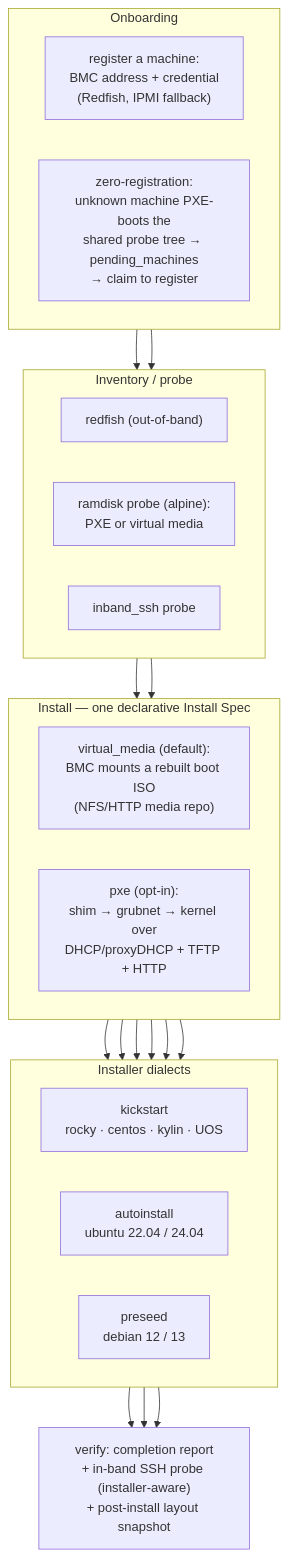
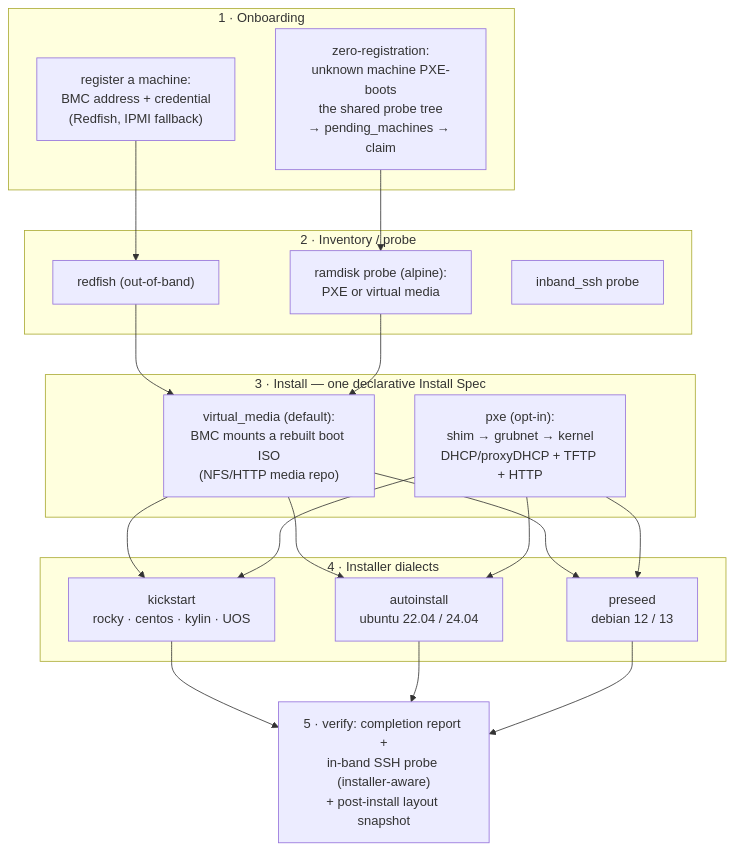
The first of 2 diagrams in README.md (3th1nk/mammoth), drawn with Mermaid before and after one commit. The commit also changed other lines of this file and 1 other file, not shown here.

Commit message:
docs(readme): mermaid 图收窄——子图纵向堆叠、长标签按行重排、边标签缩短,修复横向溢出遮挡

````diff
--- a/README.md
+++ b/README.md
@@ -32,39 +32,35 @@
 ```mermaid
 flowchart TD
-    subgraph ON["Onboarding"]
-        direction LR
+    subgraph ON["1 · Onboarding"]
         reg["register a machine:<br/>BMC address + credential<br/>(Redfish, IPMI fallback)"]
-        zr["zero-registration:<br/>unknown machine PXE-boots the<br/>shared probe tree → pending_machines<br/>→ claim to register"]
+        zr["zero-registration:<br/>unknown machine PXE-boots<br/>the shared probe tree<br/>→ pending_machines → claim"]
     end
-    subgraph INV["Inventory / probe"]
-        direction LR
+    subgraph INV["2 · Inventory / probe"]
         rf["redfish (out-of-band)"]
         ram["ramdisk probe (alpine):<br/>PXE or virtual media"]
         ish["inband_ssh probe"]
     end
-    subgraph INS["Install — one declarative Install Spec"]
-        direction LR
+    subgraph INS["3 · Install — one declarative Install Spec"]
         vm["virtual_media (default):<br/>BMC mounts a rebuilt boot ISO<br/>(NFS/HTTP media repo)"]
-        pxe["pxe (opt-in):<br/>shim → grubnet → kernel over<br/>DHCP/proxyDHCP + TFTP + HTTP"]
+        pxe["pxe (opt-in):<br/>shim → grubnet → kernel<br/>DHCP/proxyDHCP + TFTP + HTTP"]
     end
-    subgraph DIA["Installer dialects"]
-        direction LR
+    subgraph DIA["4 · Installer dialects"]
         ks["kickstart<br/>rocky · centos · kylin · UOS"]
         ai["autoinstall<br/>ubuntu 22.04 / 24.04"]
         ps["preseed<br/>debian 12 / 13"]
     end
-    ver["verify: completion report<br/>+ in-band SSH probe (installer-aware)<br/>+ post-install layout snapshot"]
+    ver["5 · verify: completion report +<br/>in-band SSH probe (installer-aware)<br/>+ post-install layout snapshot"]
     reg --> rf
     zr --> ram
     rf --> vm
     ram --> vm
     vm --> ks
     vm --> ai
     vm --> ps
     pxe --> ks
     pxe --> ai
     pxe --> ps
     ks --> ver
     ai --> ver
     ps --> ver
 ```
````
